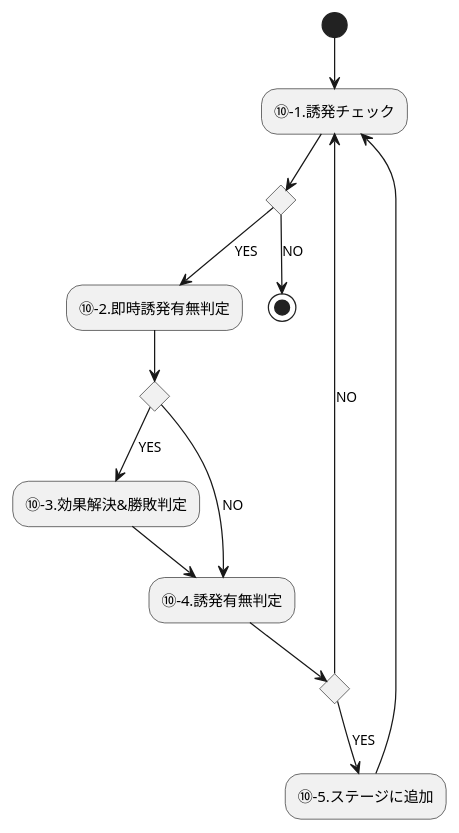
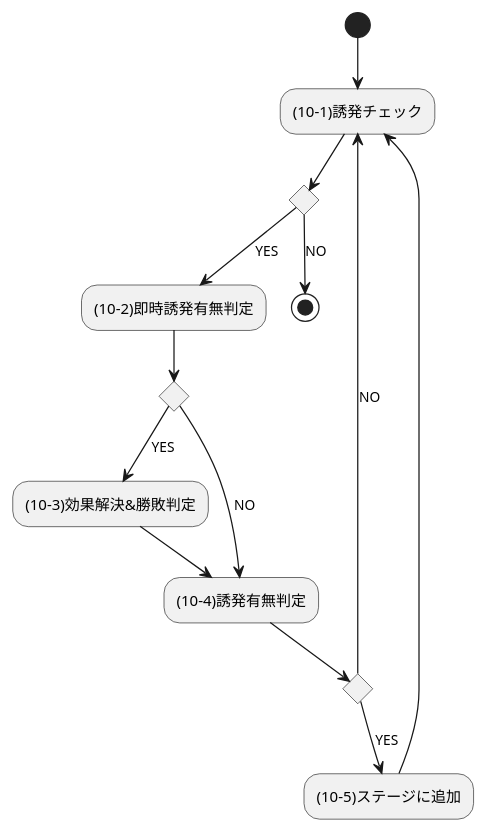
The diagram in source/core/triggerflow.puml (BlackPoker/BlackPoker), drawn with PlantUML before and after one commit. The commit also changed 3 other files, not shown here.

```diff
--- a/source/core/triggerflow.puml
+++ b/source/core/triggerflow.puml
@@ -1,24 +1,24 @@
 @startuml
-(*) --> "⑩-1.誘発チェック"
+(*) --> "(10-1)誘発チェック"
 
 if "" then
-    -->[YES] "⑩-2.即時誘発有無判定"
+    -->[YES] "(10-2)即時誘発有無判定"
     if "" then
-        -->[YES] "⑩-3.効果解決&勝敗判定"
-        --> "⑩-4.誘発有無判定"
+        -->[YES] "(10-3)効果解決&勝敗判定"
+        --> "(10-4)誘発有無判定"
     else
-        -->[NO] "⑩-4.誘発有無判定"
+        -->[NO] "(10-4)誘発有無判定"
     endif
 
     if "" then
-        -->[YES] "⑩-5.ステージに追加"
-        --> "⑩-1.誘発チェック"
+        -->[YES] "(10-5)ステージに追加"
+        --> "(10-1)誘発チェック"
     else
-        -->[NO] "⑩-1.誘発チェック"
+        -->[NO] "(10-1)誘発チェック"
     endif
 
 else
     -->[NO] (*)
 endif
 
 @enduml
```
